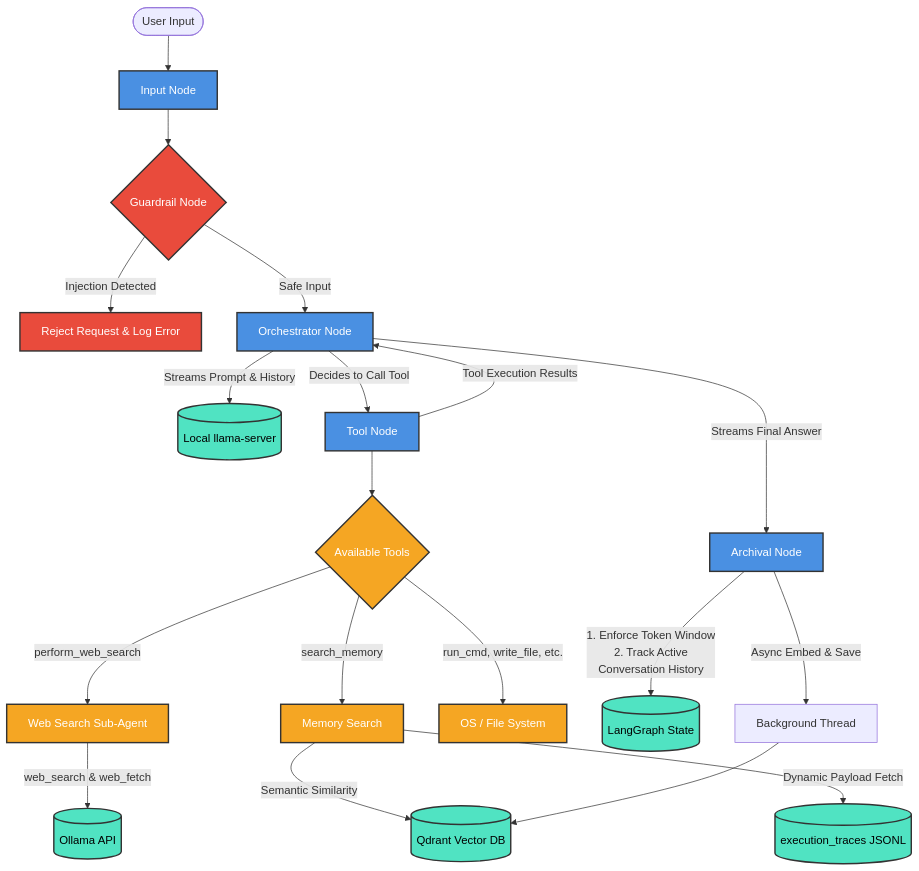
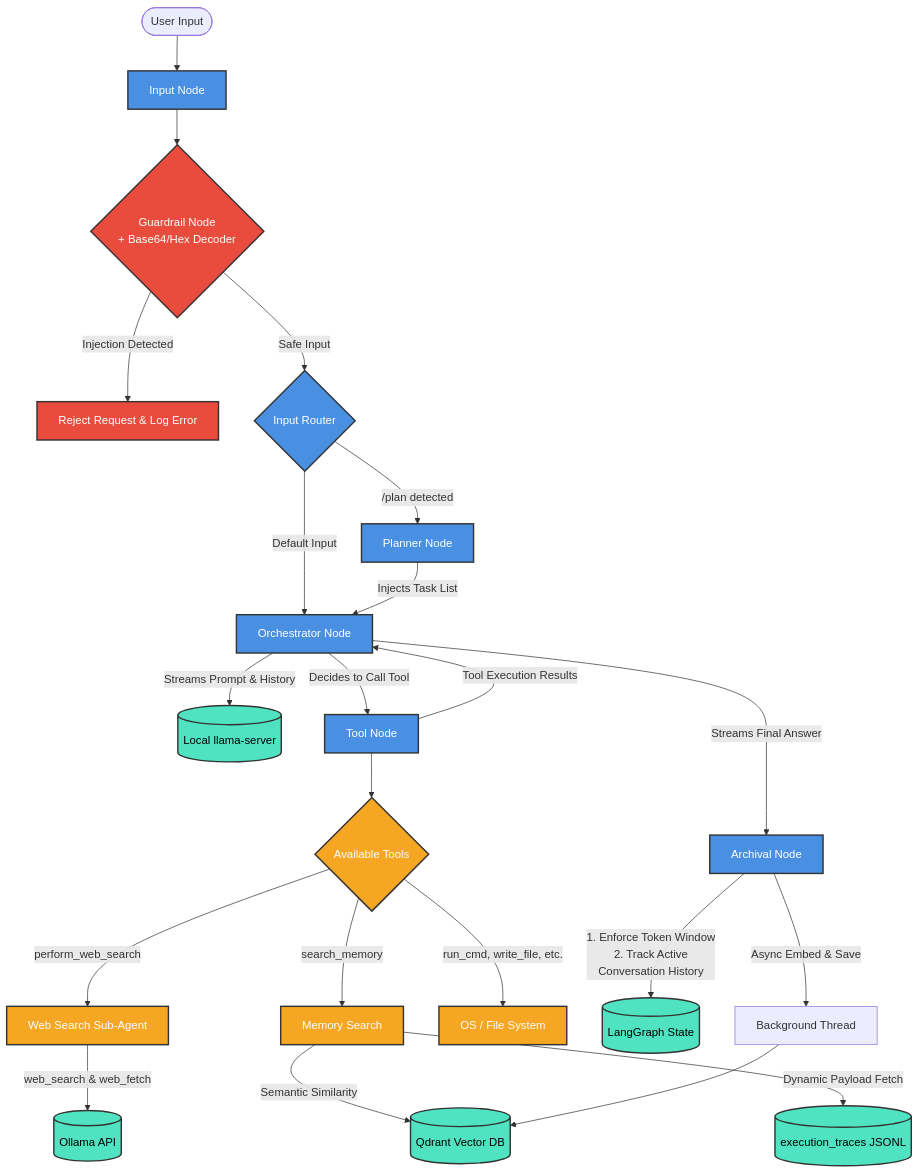
The first of 3 diagrams in README.md (user-anto/Harness), drawn with Mermaid before and after one commit. The commit also changed other lines of this file and 5 other files, not shown here.

Commit message:
Added evals and improvements in main graph

````diff
--- a/README.md
+++ b/README.md
@@ -13,48 +13,52 @@
 ```mermaid
 graph TD
     %% User Input Flow
     User([User Input]) --> InputNode[Input Node]
     
     %% Guardrail Security
-    InputNode --> Guardrail{Guardrail Node}
+    InputNode --> Guardrail{Guardrail Node\n+ Base64/Hex Decoder}
     Guardrail -- Injection Detected --> Reject[Reject Request & Log Error]
-    Guardrail -- Safe Input --> OrchNode[Orchestrator Node]
+    Guardrail -- Safe Input --> Router{Input Router}
+    
+    Router -- "/plan detected" --> PlannerNode[Planner Node]
+    Router -- "Default Input" --> OrchNode[Orchestrator Node]
+    PlannerNode -- "Injects Task List" --> OrchNode
     
     %% Main LLM Engine
     OrchNode -- "Streams Prompt & History" --> LLM[(Local llama-server)]
     
     %% Routing
     OrchNode -- "Decides to Call Tool" --> ToolNode[Tool Node]
     OrchNode -- "Streams Final Answer" --> ArchivalNode[Archival Node]
     
     %% Tool Execution Sub-Graph
     ToolNode --> Tools{Available Tools}
     
     Tools -- "search_memory" --> MemSearch[Memory Search]
     Tools -- "perform_web_search" --> WebSearch[Web Search Sub-Agent]
     Tools -- "run_cmd, write_file, etc." --> SysTools[OS / File System]
     
     %% Data Stores & External Dependencies
     MemSearch -- "Semantic Similarity" --> Qdrant[(Qdrant Vector DB)]
     MemSearch -- "Dynamic Payload Fetch" --> Traces[(execution_traces JSONL)]
     WebSearch -- "web_search & web_fetch" --> OllamaAPI[(Ollama API)]
     
     %% Tool Output Loop
     ToolNode -- "Tool Execution Results" --> OrchNode
     
     %% Archival & Cleanup
     ArchivalNode -- "1. Enforce Token Window\n2. Track Active\nConversation History" --> LangGraphState[(LangGraph State)]
     ArchivalNode -- "Async Embed & Save" --> EmbedSave[Background Thread]
     EmbedSave --> Qdrant
     
     %% Styling
     classDef primary fill:#4A90E2,stroke:#333,stroke-width:2px,color:#fff;
     classDef storage fill:#50E3C2,stroke:#333,stroke-width:2px,color:#000;
     classDef security fill:#E94B3C,stroke:#333,stroke-width:2px,color:#fff;
     classDef tool fill:#F5A623,stroke:#333,stroke-width:2px,color:#fff;
     
-    class InputNode,OrchNode,ArchivalNode,ToolNode primary;
+    class InputNode,Router,PlannerNode,OrchNode,ArchivalNode,ToolNode primary;
     class LLM,Qdrant,Traces,LangGraphState,OllamaAPI storage;
     class Guardrail,Reject security;
     class Tools,MemSearch,WebSearch,SysTools tool;
 ```
````
